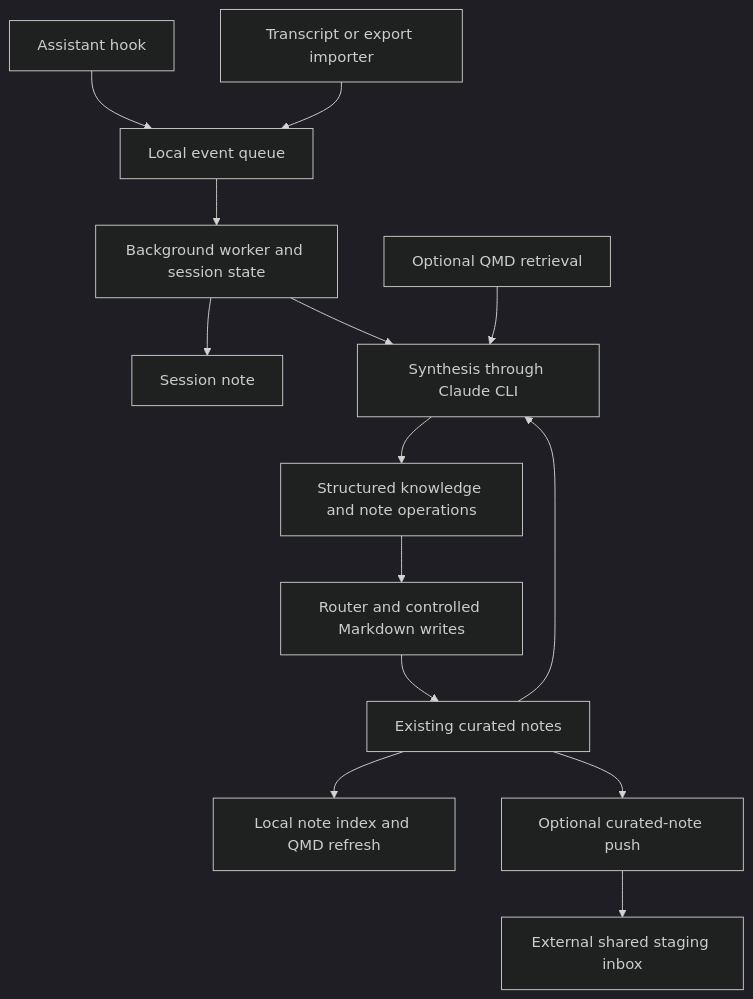
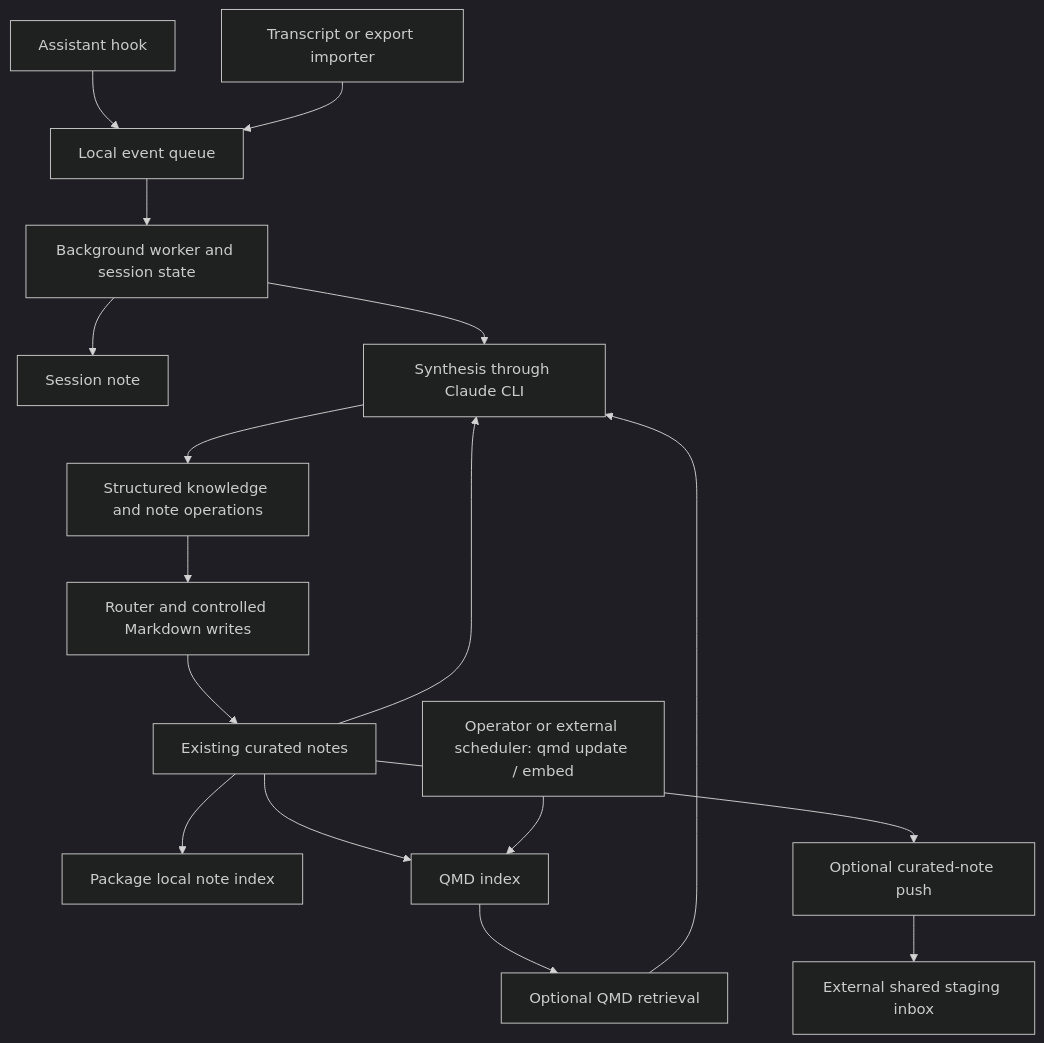
One commit to crimeacs/claude-note changed the first of 2 diagrams in docs/current-system.md. Above: the diagram before and after it, drawn with Mermaid (dark theme). The commit also changed other lines of this file and 12 other files, not shown here.

````diff
--- a/docs/current-system.md
+++ b/docs/current-system.md
@@ -24,16 +24,19 @@
 ```mermaid
 flowchart TD
     A[Assistant hook] --> Q[Local event queue]
     B[Transcript or export importer] --> Q
     Q --> W[Background worker and session state]
     W --> S[Session note]
     W --> Y[Synthesis through Claude CLI]
     N[Existing curated notes] --> Y
     R[Optional QMD retrieval] --> Y
     Y --> O[Structured knowledge and note operations]
     O --> V[Router and controlled Markdown writes]
     V --> N
-    N --> I[Local note index and QMD refresh]
+    N --> I[Package local note index]
+    N --> J[QMD index]
+    U[Operator or external scheduler: qmd update / embed] --> J
+    J --> R
     N --> P[Optional curated-note push]
     P --> X[External shared staging inbox]
 ```
````
